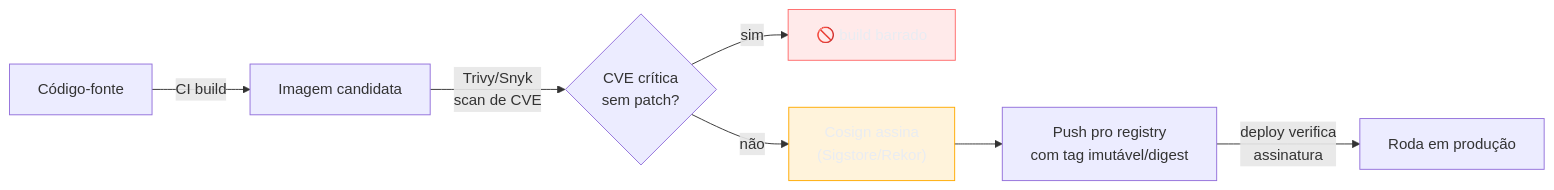
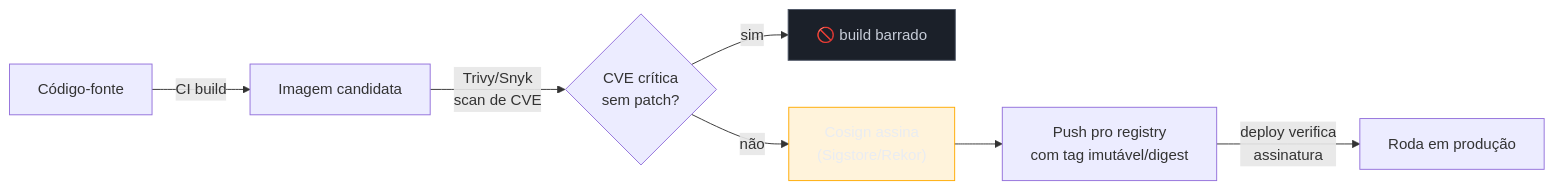
One commit to josenaldo/codex-technomanticus changed the second of 2 diagrams in 03-Dominios/Engenharia/Operação/3 - Rodar em produção/01 - Containers em produção.md. Above: the diagram before and after it, drawn with Mermaid. The commit also changed other lines of this file and 601 other files, not shown here.

````diff
--- a/03-Dominios/Engenharia/Operação/3 - Rodar em produção/01 - Containers em produção.md
+++ b/03-Dominios/Engenharia/Operação/3 - Rodar em produção/01 - Containers em produção.md
@@ -137,13 +137,13 @@
 ```mermaid
 graph LR
-    classDef falha fill:#FF6B6B24,stroke:#FF6B6B,color:#E9ECF2
+    classDef neutro fill:#1B2029,stroke:#4E5666,color:#C6CCD8
     classDef destaque fill:#FFAA0024,stroke:#FFAA00,color:#E9ECF2
     A["Código-fonte"] -->|"CI build"| B["Imagem candidata"]
     B -->|"Trivy/Snyk<br/>scan de CVE"| C{"CVE crítica<br/>sem patch?"}
     C -->|"sim"| BLOQUEIA["🚫 build barrado"]
     C -->|"não"| D["Cosign assina<br/>(Sigstore/Rekor)"]
     D --> E["Push pro registry<br/>com tag imutável/digest"]
     E -->|"deploy verifica<br/>assinatura"| F["Roda em produção"]
-    class BLOQUEIA falha
+    class BLOQUEIA neutro
     class D destaque
 ```
````
